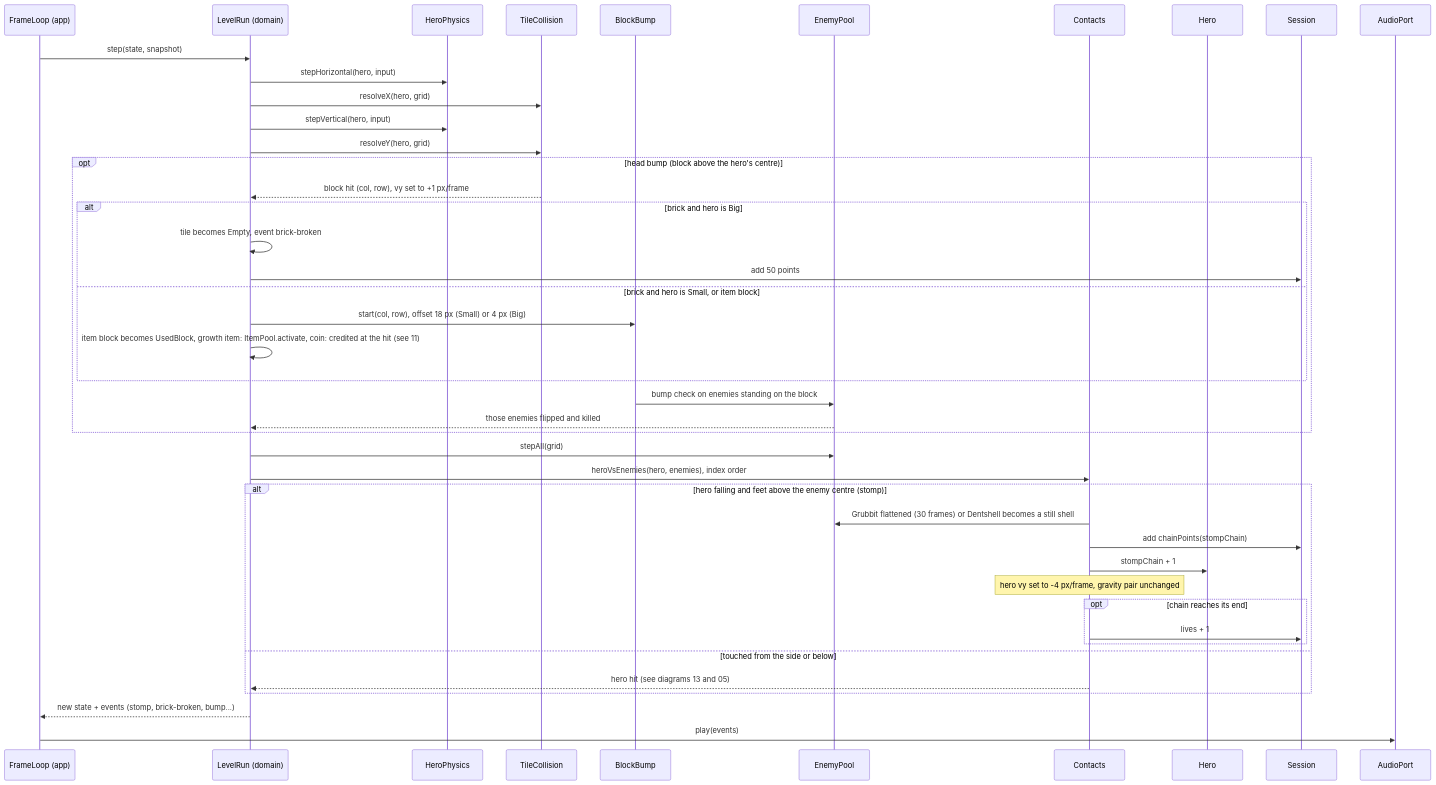
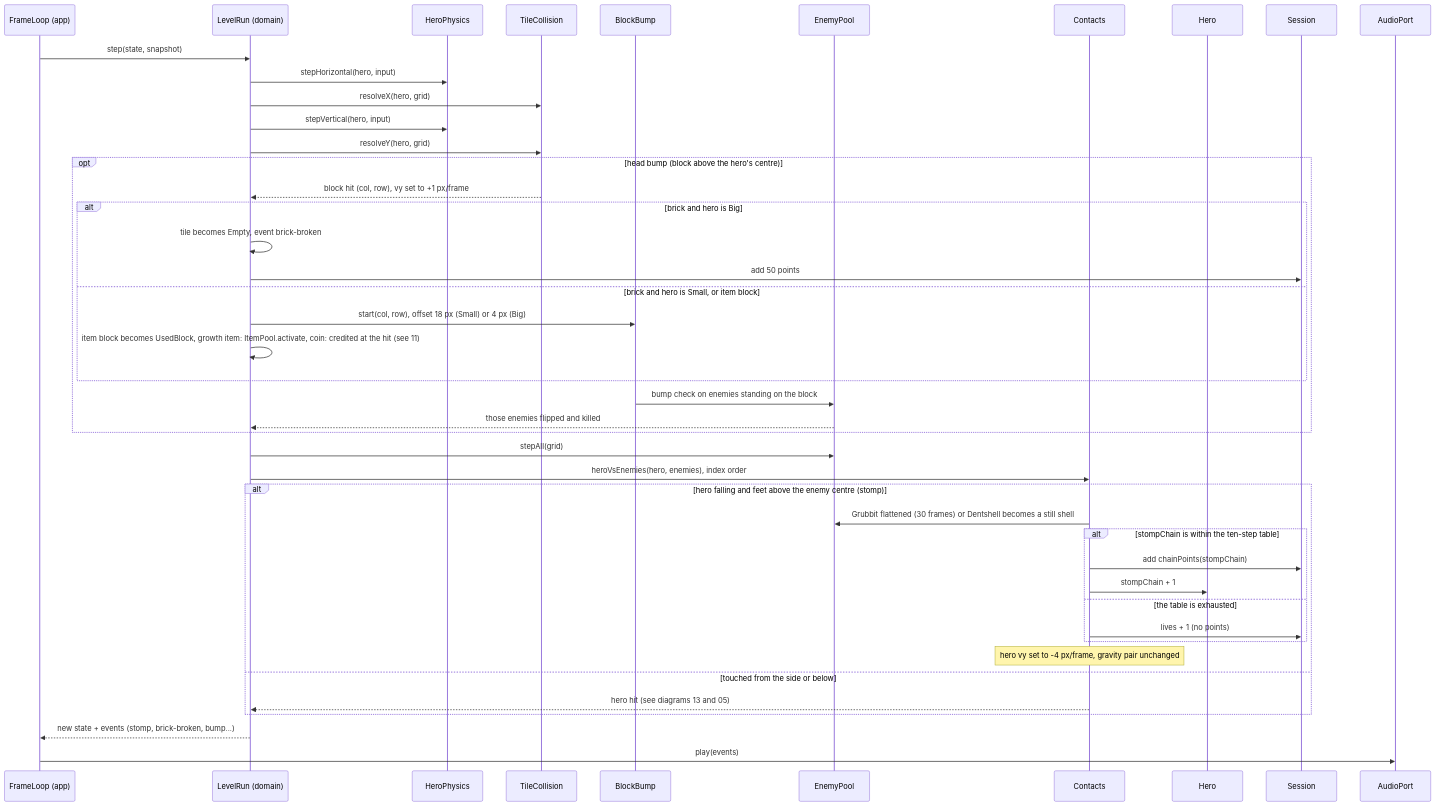
The diagram in docs/architecture/diagrams/gameplay/10-sequence-collisions.md (benoit-bremaud/retro-plumber), drawn with Mermaid before and after one commit. The commit also changed 1 other file, not shown here.

Commit message:
docs(uml): address third Codex review on sequences 10, 11 (#7)

````diff
--- a/docs/architecture/diagrams/gameplay/10-sequence-collisions.md
+++ b/docs/architecture/diagrams/gameplay/10-sequence-collisions.md
@@ -14,45 +14,46 @@
 ```mermaid
 sequenceDiagram
     participant FL as FrameLoop (app)
     participant LR as LevelRun (domain)
     participant HP as HeroPhysics
     participant TC as TileCollision
     participant BB as BlockBump
     participant EP as EnemyPool
     participant Ct as Contacts
     participant H as Hero
     participant Sess as Session
     participant Snd as AudioPort
     FL->>LR: step(state, snapshot)
     LR->>HP: stepHorizontal(hero, input)
     LR->>TC: resolveX(hero, grid)
     LR->>HP: stepVertical(hero, input)
     LR->>TC: resolveY(hero, grid)
     opt head bump (block above the hero's centre)
         TC-->>LR: block hit (col, row), vy set to +1 px/frame
         alt brick and hero is Big
             LR->>LR: tile becomes Empty, event brick-broken
             LR->>Sess: add 50 points
         else brick and hero is Small, or item block
             LR->>BB: start(col, row), offset 18 px (Small) or 4 px (Big)
             LR->>LR: item block becomes UsedBlock, growth item: ItemPool.activate, coin: credited at the hit (see 11)
         end
         BB->>EP: bump check on enemies standing on the block
         EP-->>LR: those enemies flipped and killed
     end
     LR->>EP: stepAll(grid)
     LR->>Ct: heroVsEnemies(hero, enemies), index order
     alt hero falling and feet above the enemy centre (stomp)
         Ct->>EP: Grubbit flattened (30 frames) or Dentshell becomes a still shell
-        Ct->>Sess: add chainPoints(stompChain)
-        Ct->>H: stompChain + 1
+        alt stompChain is within the ten-step table
+            Ct->>Sess: add chainPoints(stompChain)
+            Ct->>H: stompChain + 1
+        else the table is exhausted
+            Ct->>Sess: lives + 1 (no points)
+        end
         Note over Ct: hero vy set to -4 px/frame, gravity pair unchanged
-        opt chain reaches its end
-            Ct->>Sess: lives + 1
-        end
     else touched from the side or below
         Ct-->>LR: hero hit (see diagrams 13 and 05)
     end
     LR-->>FL: new state + events (stomp, brick-broken, bump...)
     FL->>Snd: play(events)
 ```
````
